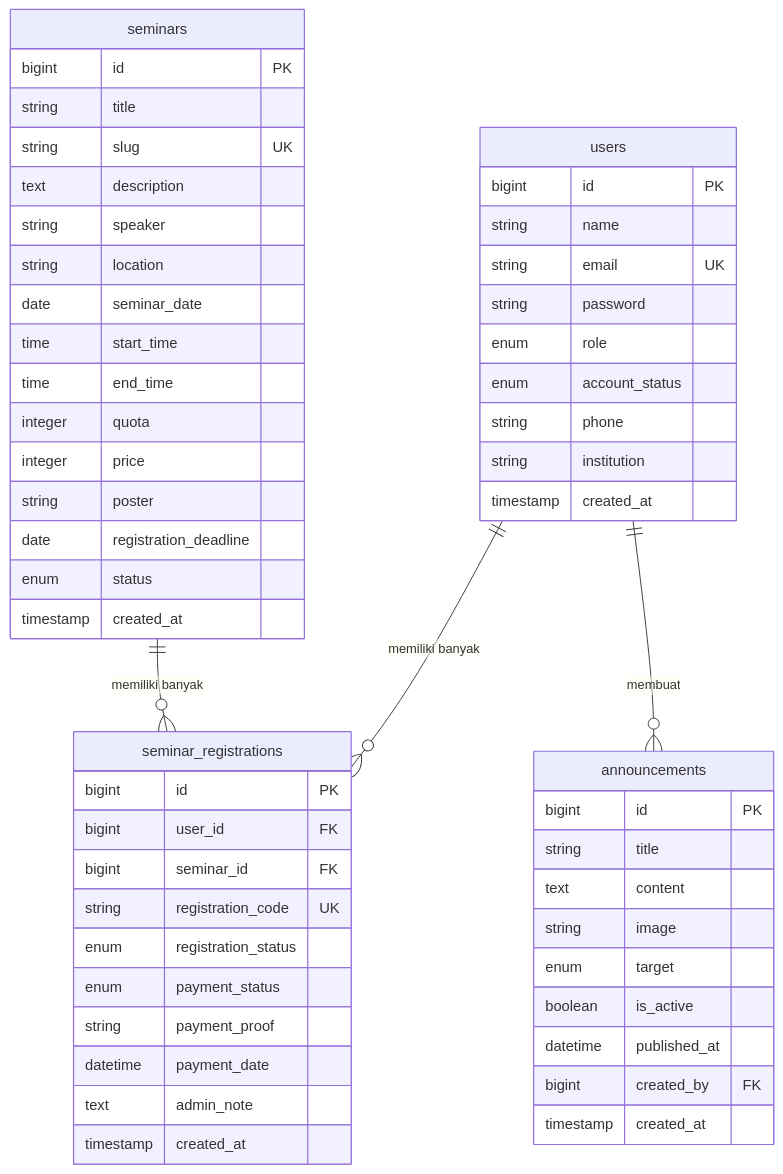
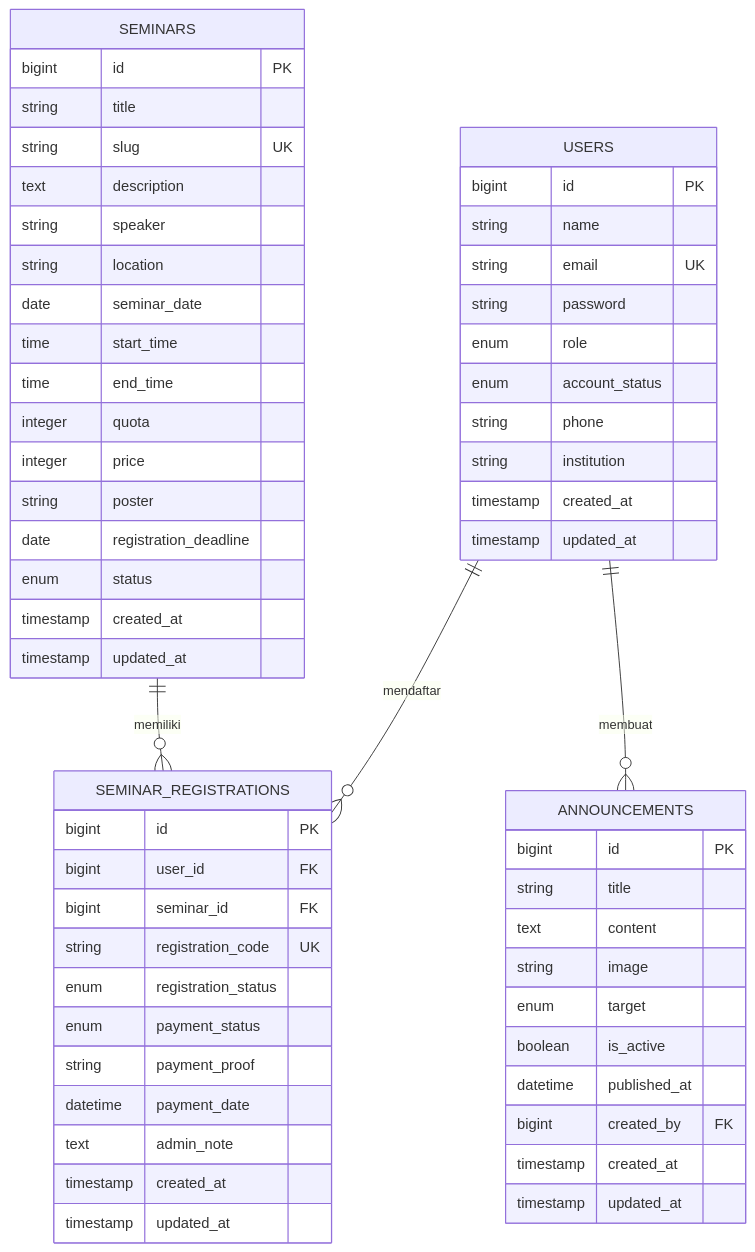
Before and after one commit to julianjie/LSP-Seminar: the diagram in README.md, drawn with Mermaid. The commit also changed other lines of this file, not shown here.

````diff
--- a/README.md
+++ b/README.md
@@ -132,61 +339,65 @@
 ```mermaid
 erDiagram
-    users ||--o{ seminar_registrations : "memiliki banyak"
-    seminars ||--o{ seminar_registrations : "memiliki banyak"
-    users ||--o{ announcements : "membuat"
+    USERS ||--o{ SEMINAR_REGISTRATIONS : mendaftar
+    SEMINARS ||--o{ SEMINAR_REGISTRATIONS : memiliki
+    USERS ||--o{ ANNOUNCEMENTS : membuat
 
-    users {
+    USERS {
         bigint id PK
         string name
         string email UK
         string password
         enum role
         enum account_status
         string phone
         string institution
         timestamp created_at
+        timestamp updated_at
     }
 
-    seminars {
+    SEMINARS {
         bigint id PK
         string title
         string slug UK
         text description
         string speaker
         string location
         date seminar_date
         time start_time
         time end_time
         integer quota
         integer price
         string poster
         date registration_deadline
         enum status
         timestamp created_at
+        timestamp updated_at
     }
 
-    seminar_registrations {
+    SEMINAR_REGISTRATIONS {
         bigint id PK
         bigint user_id FK
         bigint seminar_id FK
         string registration_code UK
         enum registration_status
         enum payment_status
         string payment_proof
         datetime payment_date
         text admin_note
         timestamp created_at
+        timestamp updated_at
     }
 
-    announcements {
+    ANNOUNCEMENTS {
         bigint id PK
         string title
         text content
         string image
         enum target
         boolean is_active
         datetime published_at
         bigint created_by FK
         timestamp created_at
+        timestamp updated_at
     }
 ```
````
